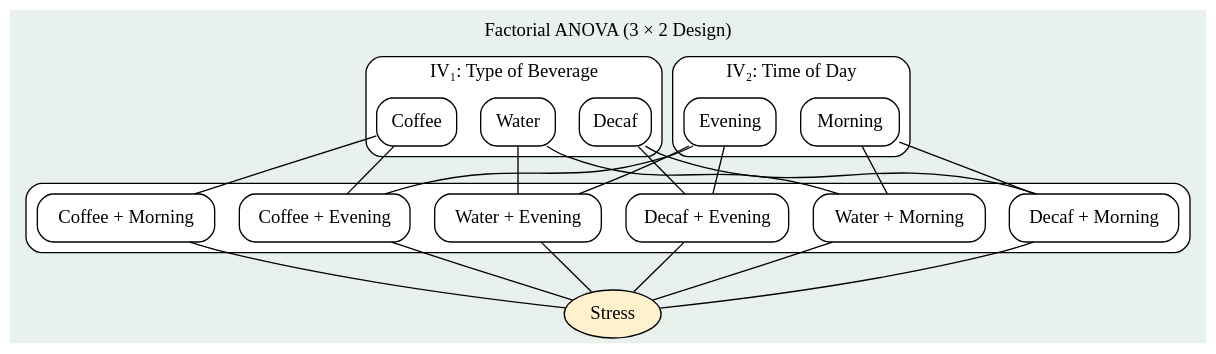
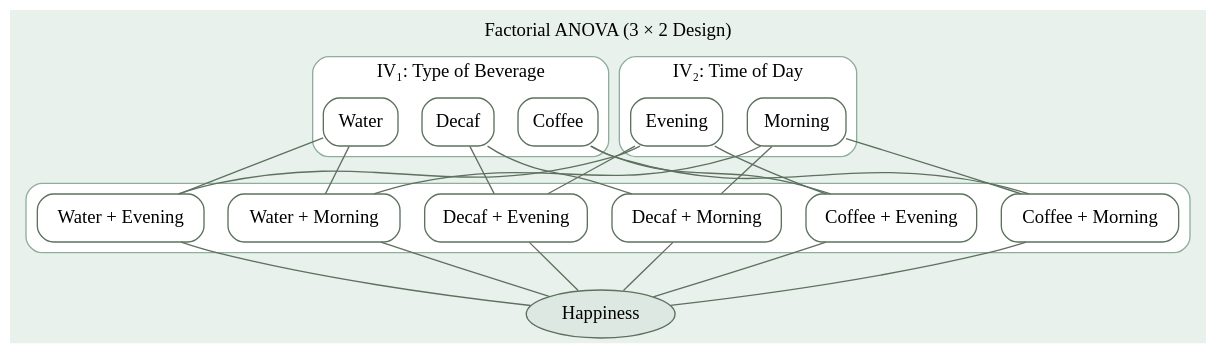
Before and after one commit to DavidBrocker/348SlideDecks: the fifth of 5 diagrams in lec12/lec12.qmd, drawn with Graphviz. The commit also changed other lines of this file and 11 other files, not shown here.

````diff
--- a/lec12/lec12.qmd
+++ b/lec12/lec12.qmd
@@ -223,71 +300,60 @@
 ```{dot}
 graph {
-
-  node [shape=box, style=rounded, fontname="Poppins"];
+  node [shape=box, style="rounded,filled", fillcolor="white", color="#5C715E", fontname="Fira Sans"];
+  edge [color="#5C715E"];
   bgcolor="#E9F1EC";
   labelloc="t";
   label="Factorial ANOVA (3 × 2 Design)";
 
-  # ---- Independent Variable 1 ----
   subgraph cluster_IV1 {
-    style=rounded;
+    style=rounded; color="#8FAF9E";
     label="IV₁: Type of Beverage";
     bgcolor="white";
-    
     IV1_L1 [label="Coffee"];
     IV1_L2 [label="Decaf"];
     IV1_L3 [label="Water"];
   }
 
-  # ---- Independent Variable 2 ----
   subgraph cluster_IV2 {
-    style=rounded;
+    style=rounded; color="#8FAF9E";
     label="IV₂: Time of Day";
     bgcolor="white";
-    
     IV2_L1 [label="Morning"];
     IV2_L2 [label="Evening"];
   }
 
-  # ---- Cells (Combinations) ----
   subgraph cluster_cells {
-    style=rounded;
+    style=rounded; color="#8FAF9E";
     label = ""
     bgcolor="white";
-    
     C1 [label="Coffee + Morning"];
     C2 [label="Coffee + Evening"];
     C3 [label="Decaf + Morning"];
     C4 [label="Decaf + Evening"];
     C5 [label="Water + Morning"];
     C6 [label="Water + Evening"];
   }
 
-  # ---- Outcome ----
-  Outcome [label="Stress", shape=ellipse, style=filled, fillcolor="#FFF2CC"];
+  Outcome [label="Happiness", shape=ellipse, style=filled, fillcolor="#DCE8E1"];
 
-  # ---- Relationships ----
   IV1_L1 -- C1;
   IV1_L1 -- C2;
   IV1_L2 -- C3;
   IV1_L2 -- C4;
   IV1_L3 -- C5;
   IV1_L3 -- C6;
+  IV2_L1 -- C1;
   IV2_L2 -- C2;
   IV2_L1 -- C3;
   IV2_L2 -- C4;
   IV2_L1 -- C5;
   IV2_L2 -- C6;
 
-  # ---- Output Links ----
   C1 -- Outcome;
   C2 -- Outcome;
   C3 -- Outcome;
   C4 -- Outcome;
   C5 -- Outcome;
   C6 -- Outcome;
-
 }
-
-
 ```
````
